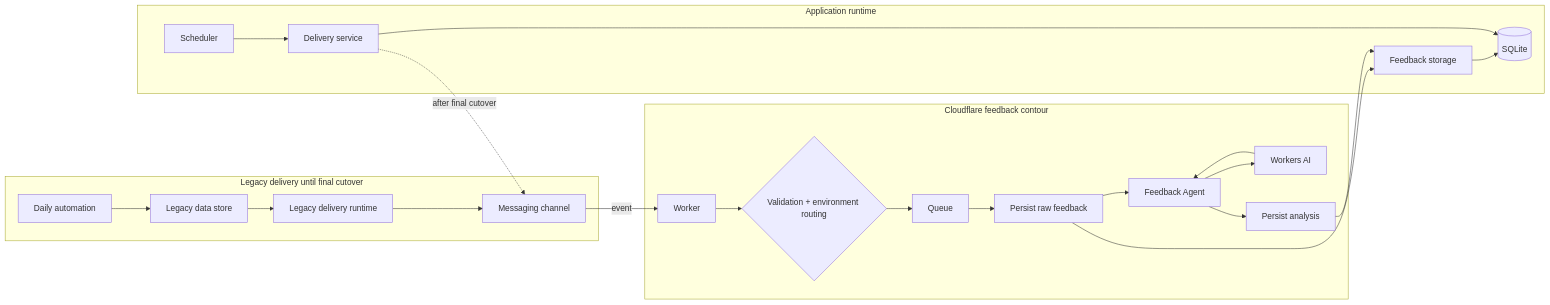
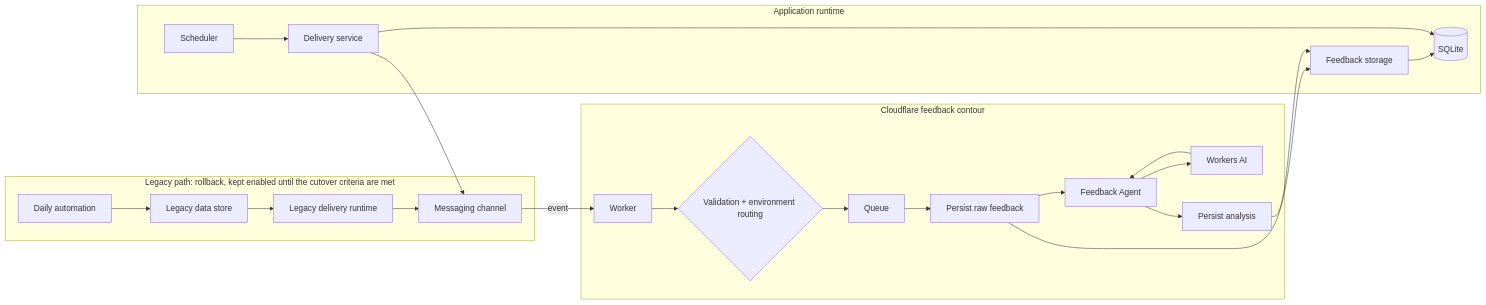
One commit to LukshinVI/game-of-the-day changed the first of 2 diagrams in docs/architecture.md. Above: the diagram before and after it, drawn with Mermaid. The commit also changed other lines of this file and 2 other files, not shown here.

First line of the commit message:
docs: bring the architecture and reliability docs in line with the running system

````diff
--- a/docs/architecture.md
+++ b/docs/architecture.md
@@ -9,29 +9,29 @@
 ```mermaid
 flowchart LR
-    subgraph LEGACY[Legacy delivery until final cutover]
+    subgraph LEGACY[Legacy path: rollback, kept enabled until the cutover criteria are met]
         AUTO[Daily automation] --> STORE[Legacy data store]
         STORE --> SCRIPT[Legacy delivery runtime]
         SCRIPT --> CH[Messaging channel]
     end
 
     subgraph CF[Cloudflare feedback contour]
         CH -->|event| W[Worker]
         W --> VAL{Validation + environment routing}
         VAL --> Q[Queue]
         Q --> RAW[Persist raw feedback]
         RAW --> FA[Feedback Agent]
         FA --> AI[Workers AI]
         AI --> FA
         FA --> AN[Persist analysis]
     end
 
     subgraph APP[Application runtime]
         STORAGE[Feedback storage] --> DB[(SQLite)]
         DELIVERY[Delivery service] --> DB
         TIMER[Scheduler] --> DELIVERY
     end
 
     RAW --> STORAGE
     AN --> STORAGE
-    DELIVERY -. after final cutover .-> CH
+    DELIVERY --> CH
 ```
````
